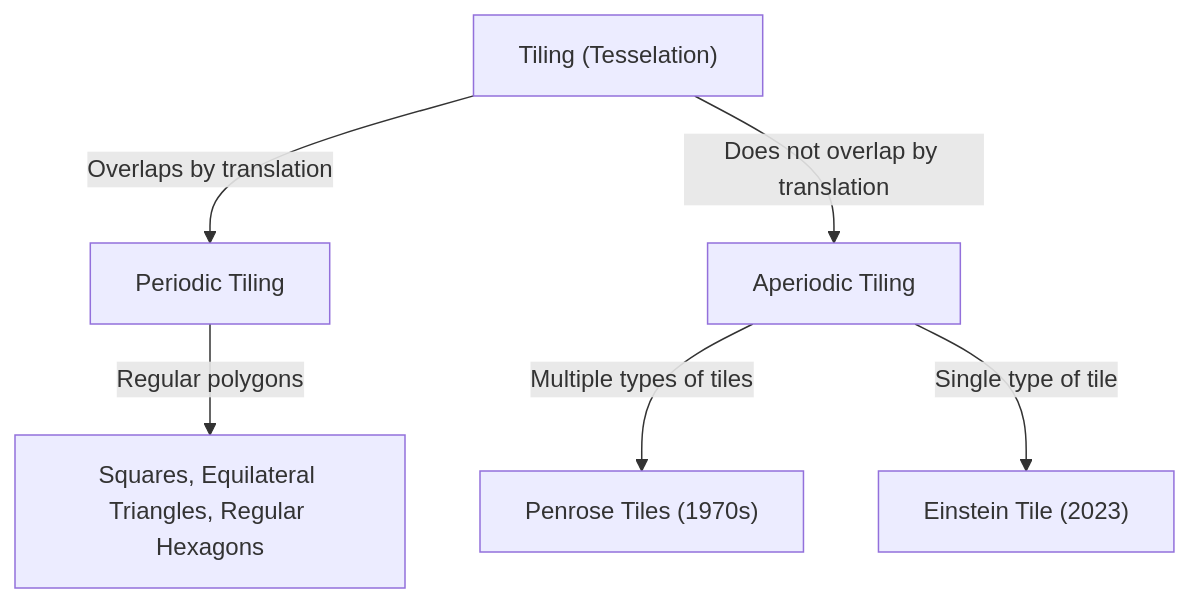
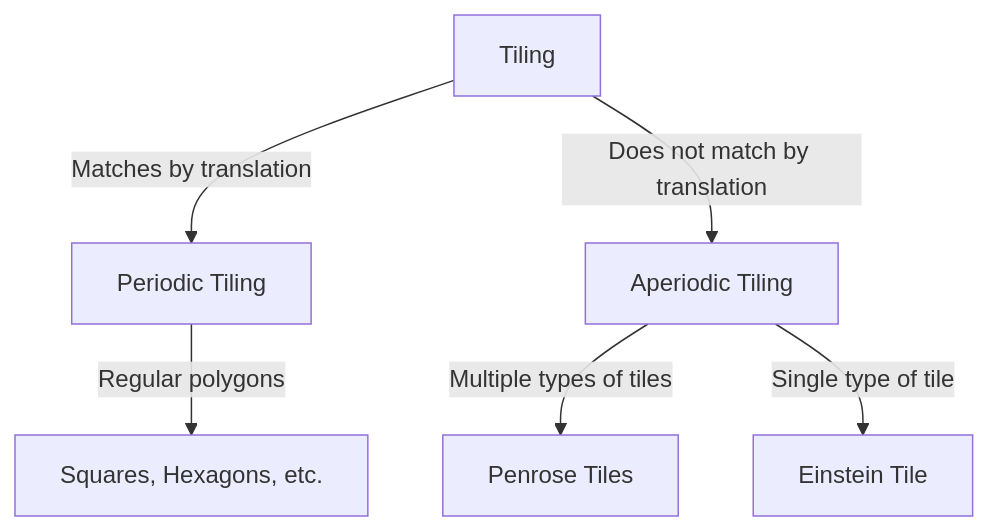
The diagram in content/post/aperiodic-tiling-problem/index.en.md (kenjinote/blog), drawn with Mermaid before and after one commit. The commit also changed other lines of this file and 129 other files, not shown here.

````diff
--- a/content/post/aperiodic-tiling-problem/index.en.md
+++ b/content/post/aperiodic-tiling-problem/index.en.md
@@ -23,9 +17,8 @@
 ```mermaid
 graph TD
-    A["Tiling (Tesselation)"]
-    A -- "Overlaps by translation" --> B["Periodic Tiling"]
-    A -- "Does not overlap by translation" --> C["Aperiodic Tiling"]
-    B -- "Regular polygons" --> D["Squares, Equilateral Triangles, Regular Hexagons"]
-    C -- "Multiple types of tiles" --> E["Penrose Tiles (1970s)"]
-    C -- "Single type of tile" --> F["Einstein Tile (2023)"]
+    A["Tiling"] -- "Matches by translation" --> B["Periodic Tiling"]
+    A -- "Does not match by translation" --> C["Aperiodic Tiling"]
+    B -- "Regular polygons" --> D["Squares, Hexagons, etc."]
+    C -- "Multiple types of tiles" --> E["Penrose Tiles"]
+    C -- "Single type of tile" --> F["Einstein Tile"]
 ```
````
